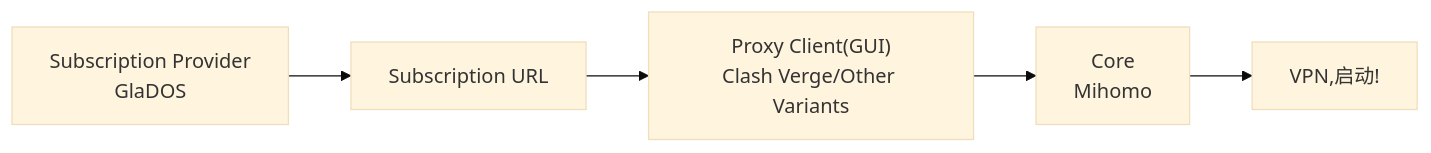
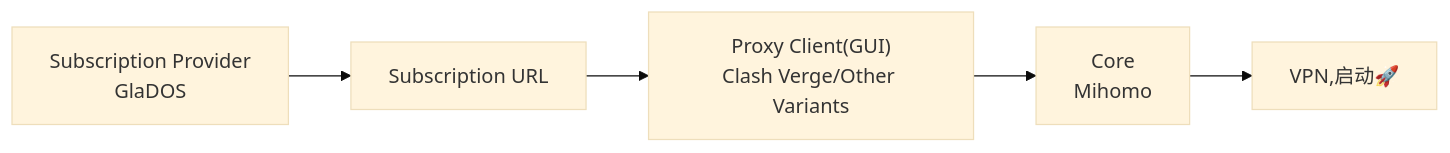
Before and after one commit to sophia-zhang-qwq/random-blog: the diagram in _posts/2026-05-17-Set-Up-VPN.md, drawn with Mermaid (base theme).

````diff
--- a/_posts/2026-05-17-Set-Up-VPN.md
+++ b/_posts/2026-05-17-Set-Up-VPN.md
@@ -19,11 +19,11 @@
 ```mermaid
 flowchart LR
 
 P["Subscription Provider<br/>GlaDOS<br/>"]
 S["Subscription URL"]
 G["Proxy Client(GUI)<br/>Clash Verge/Other Variants<br/>"]
 C["Core<br/>Mihomo<br/>"]
-I["VPN,启动!"]
+I["VPN,启动🚀"]
 
 P --> S --> G --> C --> I
 ```
````
